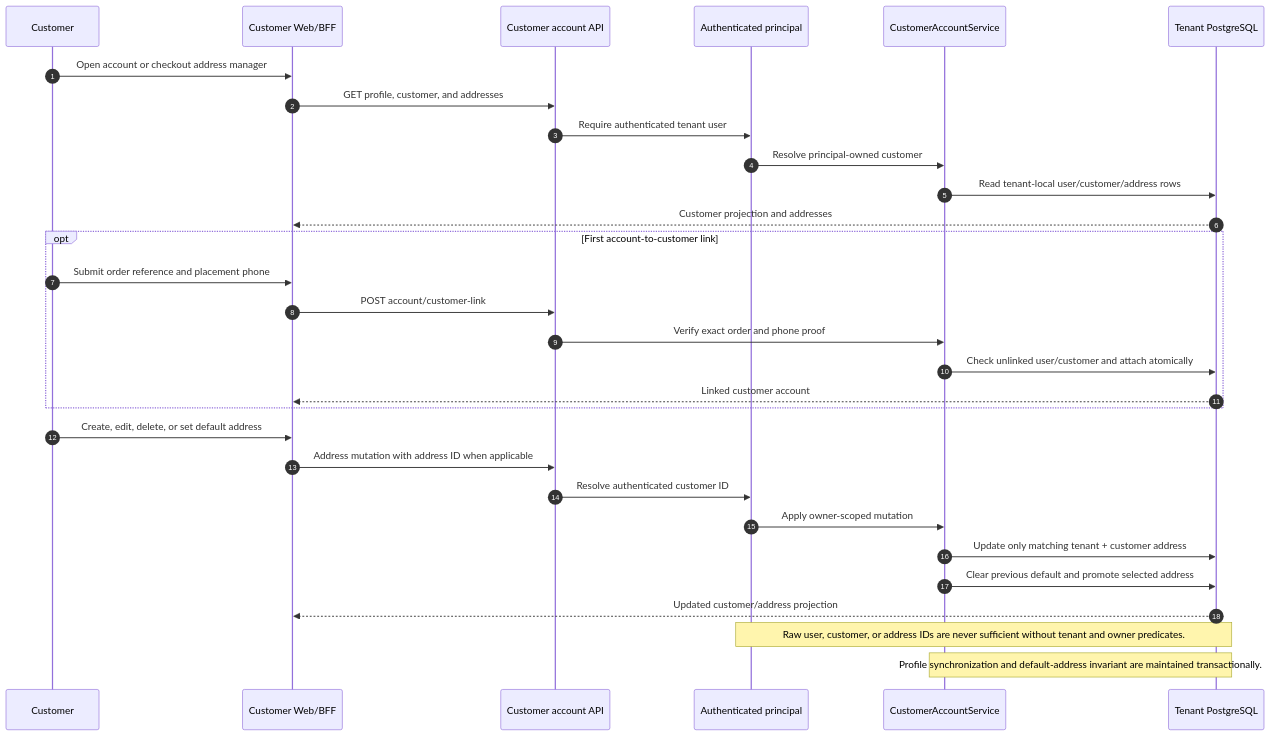
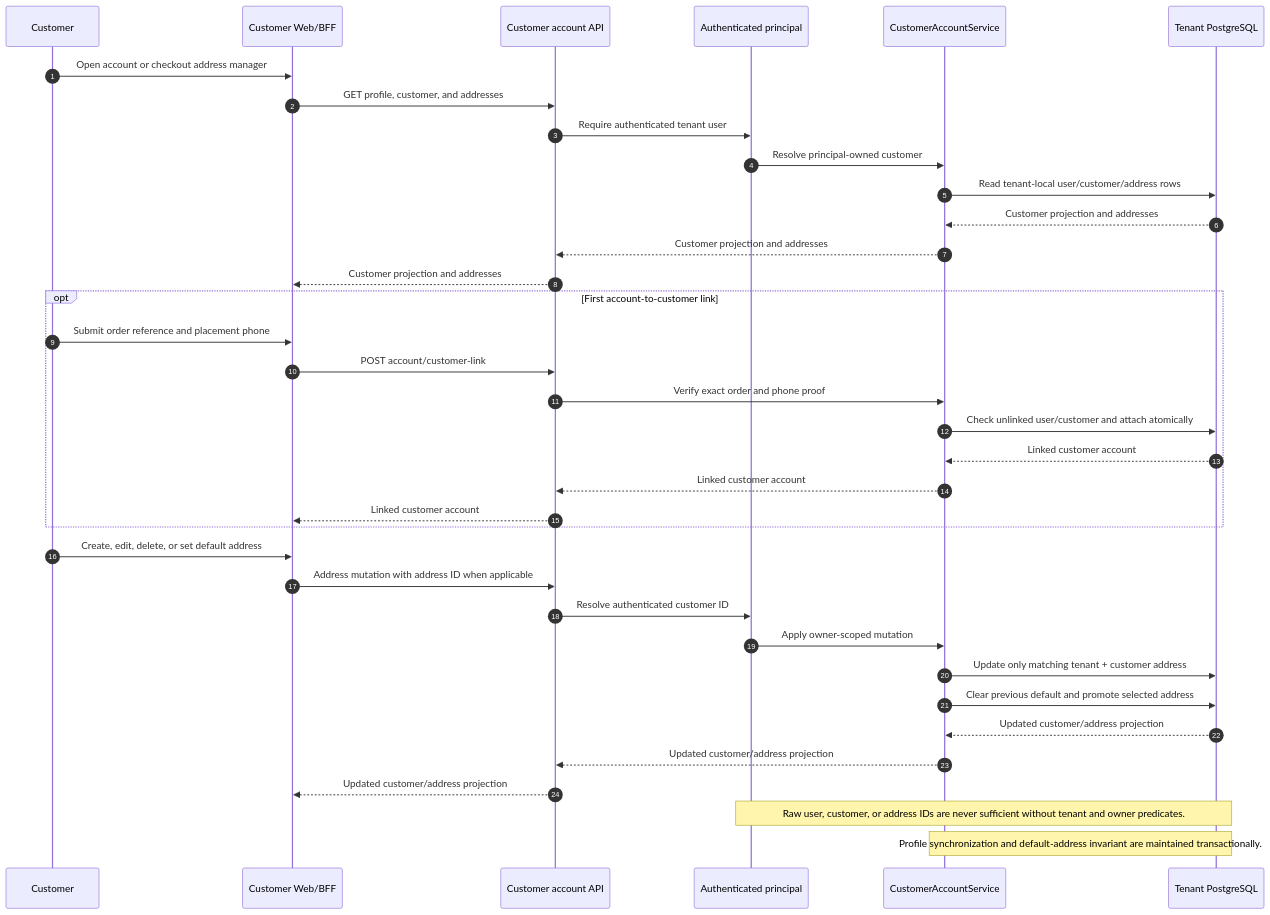
Before and after one commit to MohammadSheakh/ferio-e-commerce: the diagram in e-com-nextjs/diagram/30-customer-profile-address-and-account-linking.mmd, drawn with Mermaid. The commit also changed 2 other files, not shown here.

Commit message:
docs(diagram): preserve API boundaries in account flows
Route profile, staff, and storage responses through the service and API layers instead of implying direct browser access.\nValidation: staged diff check passed; visual rendering remains blocked by the local Chrome runtime.

```diff
--- a/e-com-nextjs/diagram/30-customer-profile-address-and-account-linking.mmd
+++ b/e-com-nextjs/diagram/30-customer-profile-address-and-account-linking.mmd
@@ -1,35 +1,41 @@
 %% Customer profile, address ownership, and account linking
 sequenceDiagram
     autonumber
     participant Customer
     participant Web as Customer Web/BFF
     participant API as Customer account API
     participant Auth as Authenticated principal
     participant Account as CustomerAccountService
     participant DB as Tenant PostgreSQL
 
     Customer->>Web: Open account or checkout address manager
     Web->>API: GET profile, customer, and addresses
     API->>Auth: Require authenticated tenant user
     Auth->>Account: Resolve principal-owned customer
     Account->>DB: Read tenant-local user/customer/address rows
-    DB-->>Web: Customer projection and addresses
+    DB-->>Account: Customer projection and addresses
+    Account-->>API: Customer projection and addresses
+    API-->>Web: Customer projection and addresses
 
     opt First account-to-customer link
         Customer->>Web: Submit order reference and placement phone
         Web->>API: POST account/customer-link
         API->>Account: Verify exact order and phone proof
         Account->>DB: Check unlinked user/customer and attach atomically
-        DB-->>Web: Linked customer account
+        DB-->>Account: Linked customer account
+        Account-->>API: Linked customer account
+        API-->>Web: Linked customer account
     end
 
     Customer->>Web: Create, edit, delete, or set default address
     Web->>API: Address mutation with address ID when applicable
     API->>Auth: Resolve authenticated customer ID
     Auth->>Account: Apply owner-scoped mutation
     Account->>DB: Update only matching tenant + customer address
     Account->>DB: Clear previous default and promote selected address
-    DB-->>Web: Updated customer/address projection
+    DB-->>Account: Updated customer/address projection
+    Account-->>API: Updated customer/address projection
+    API-->>Web: Updated customer/address projection
 
     Note over Auth,DB: Raw user, customer, or address IDs are never sufficient without tenant and owner predicates.
     Note over Account,DB: Profile synchronization and default-address invariant are maintained transactionally.
```
